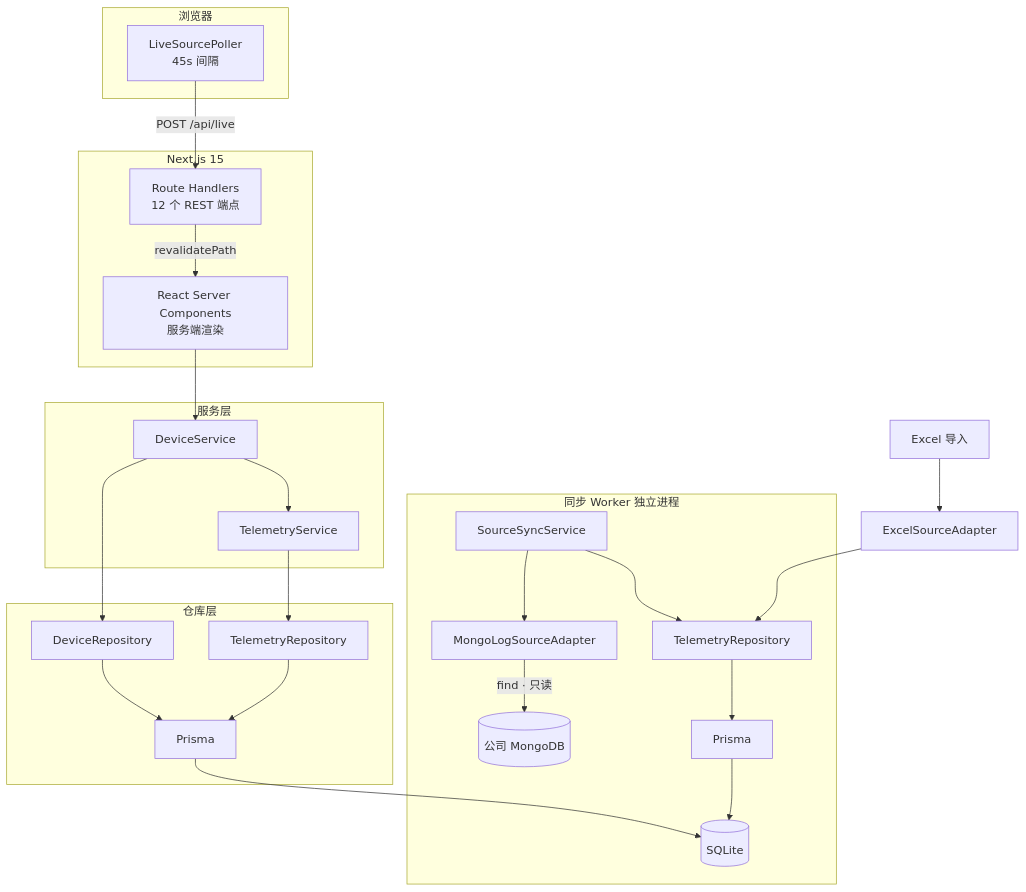
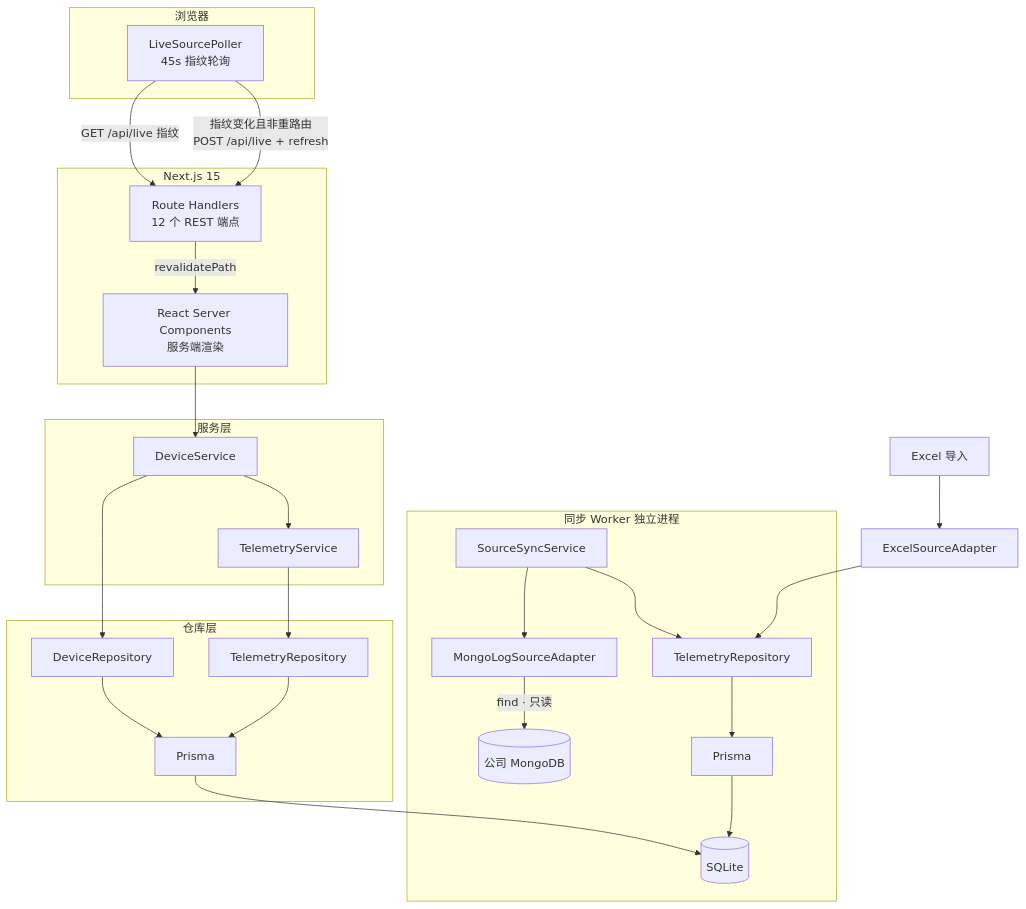
One commit to Jovifei/anti_reverse_device_monitor changed the first of 4 diagrams in docs/03_SYSTEM_ARCHITECTURE.md. Above: the diagram before and after it, drawn with Mermaid. The commit also changed other lines of this file and 21 other files, not shown here.

````diff
--- a/docs/03_SYSTEM_ARCHITECTURE.md
+++ b/docs/03_SYSTEM_ARCHITECTURE.md
@@ -5,39 +5,40 @@
 ```mermaid
 flowchart TB
     subgraph Browser["浏览器"]
-        POLLER[LiveSourcePoller\n45s 间隔]
+        POLLER[LiveSourcePoller\n45s 指纹轮询]
     end
 
     subgraph Web["Next.js 15"]
         RSC[React Server Components\n服务端渲染]
         API[Route Handlers\n12 个 REST 端点]
-        POLLER -->|POST /api/live| API
+        POLLER -->|GET /api/live 指纹| API
+        POLLER -->|指纹变化且非重路由\nPOST /api/live + refresh| API
         API -->|revalidatePath| RSC
     end
 
     subgraph SVC["服务层"]
         DS[DeviceService]
         TS[TelemetryService]
         RSC --> DS --> TS
     end
 
     subgraph REPO["仓库层"]
         DR[DeviceRepository]
         TR[TelemetryRepository]
         DS --> DR --> PRISMA[Prisma]
         TS --> TR --> PRISMA
     end
 
     PRISMA --> SQLITE[(SQLite)]
 
     subgraph Sync["同步 Worker 独立进程"]
         SYNC_SVC[SourceSyncService]
         ADAPTER[MongoLogSourceAdapter]
         SYNC_SVC --> ADAPTER
         ADAPTER -->|find · 只读| MONGO[(公司 MongoDB)]
         SYNC_SVC --> TR_2[TelemetryRepository]
         TR_2 --> PRISMA_2[Prisma] --> SQLITE
     end
 
     XLSX[Excel 导入] --> ADAPTER_2[ExcelSourceAdapter] --> TR_2
 ```
````
